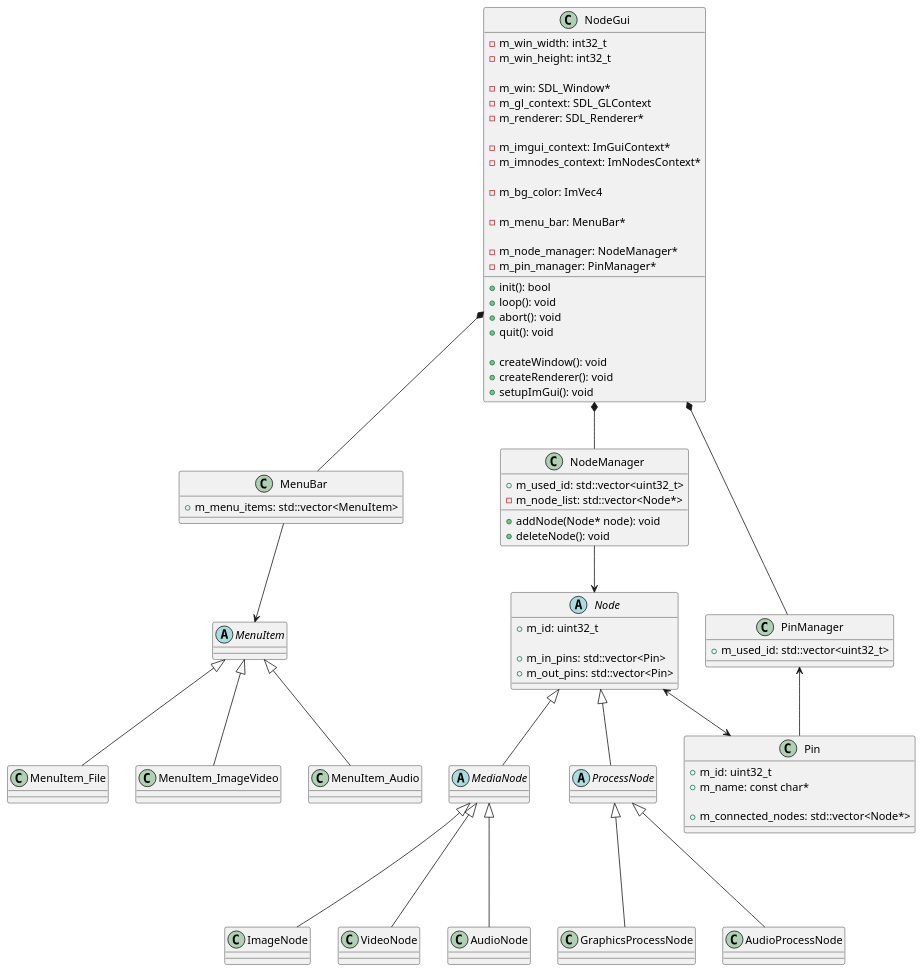
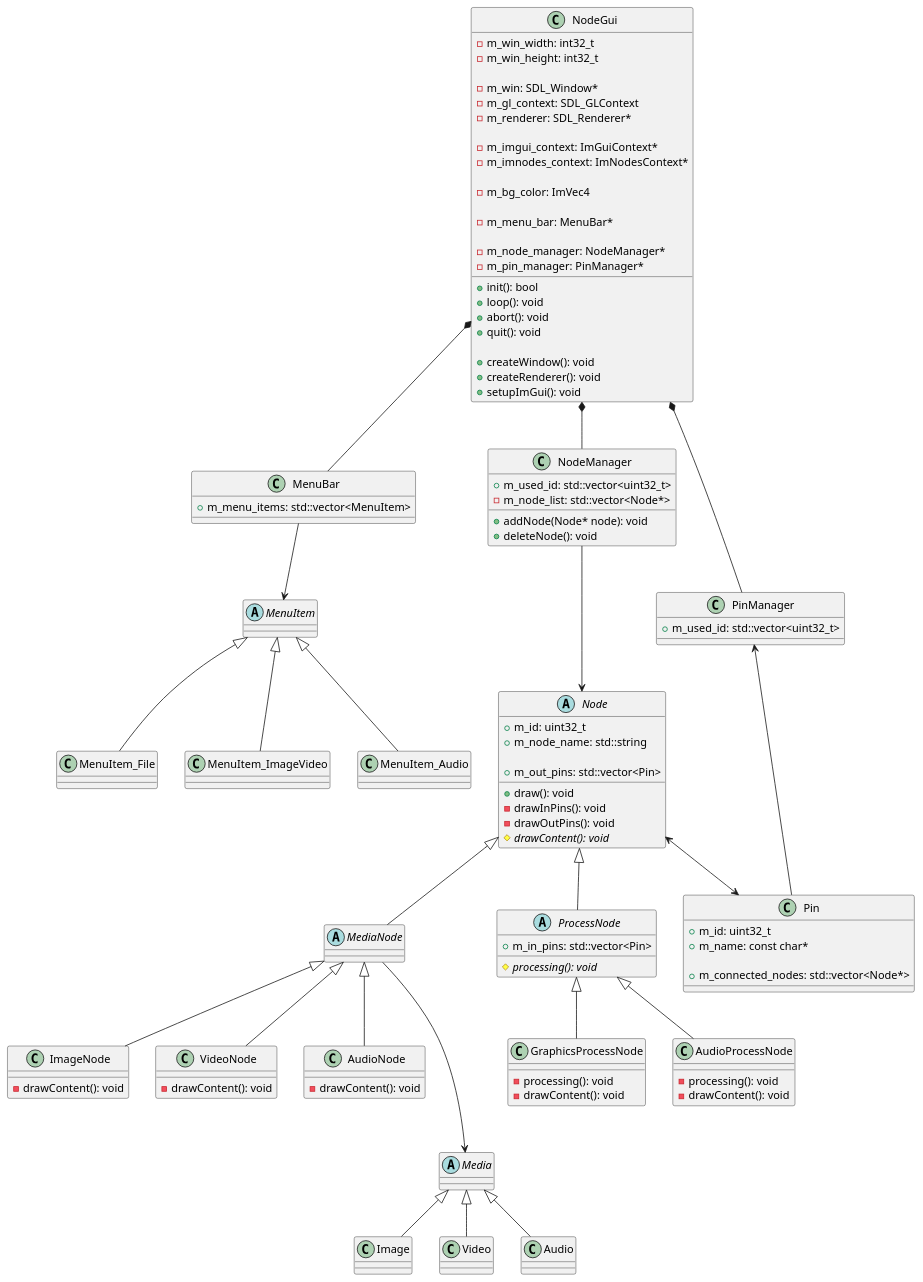
The diagram in uml/uml.pu (nkue-yst/NodeProcessV2), drawn with PlantUML before and after one commit. The commit also changed 1 other file, not shown here.

Commit message:
Update UML

```diff
--- a/uml/uml.pu
+++ b/uml/uml.pu
@@ -1,126 +1,156 @@
 @startuml NodeProcessing
 
 class NodeGui {
     +init(): bool
     +loop(): void
     +abort(): void
     +quit(): void
 
     +createWindow(): void
     +createRenderer(): void
     +setupImGui(): void
 
     -m_win_width: int32_t
     -m_win_height: int32_t
 
     -m_win: SDL_Window*
     -m_gl_context: SDL_GLContext
     -m_renderer: SDL_Renderer*
 
     -m_imgui_context: ImGuiContext*
     -m_imnodes_context: ImNodesContext*
 
     -m_bg_color: ImVec4
 
     -m_menu_bar: MenuBar*
 
     -m_node_manager: NodeManager*
     -m_pin_manager: PinManager*
 }
 
 class MenuBar {
     +m_menu_items: std::vector<MenuItem>
 }
 
 abstract class MenuItem {
 
 }
 
 class MenuItem_File {
 
 }
 
 class MenuItem_ImageVideo {
 
 }
 
 class MenuItem_Audio {
 
 }
 
 class NodeManager {
     +addNode(Node* node): void
     +deleteNode(): void
 
     +m_used_id: std::vector<uint32_t>
     -m_node_list: std::vector<Node*>
 }
 
 abstract class Node {
+    +draw(): void
+    -drawInPins(): void
+    -drawOutPins(): void
+    {abstract} #drawContent(): void
+
     +m_id: uint32_t
+    +m_node_name: std::string
 
-    +m_in_pins: std::vector<Pin>
     +m_out_pins: std::vector<Pin>
 }
 
 abstract class MediaNode {
 
 }
 
 abstract class ProcessNode {
+    {abstract} #processing(): void
 
+    +m_in_pins: std::vector<Pin>
 }
 
 class ImageNode {
-
+    -drawContent(): void
 }
 
 class VideoNode {
-
+    -drawContent(): void
 }
 
 class AudioNode {
-
+    -drawContent(): void
 }
 
 class GraphicsProcessNode {
-
+    -processing(): void
+    -drawContent(): void
 }
 
 class AudioProcessNode {
-
+    -processing(): void
+    -drawContent(): void
 }
 
 class PinManager {
     +m_used_id: std::vector<uint32_t>
 }
 
 class Pin {
     +m_id: uint32_t
     +m_name: const char*
 
     +m_connected_nodes: std::vector<Node*>
 }
 
+abstract class Media {
+
+}
+
+class Image {
+
+}
+
+class Video {
+
+}
+
+class Audio {
+
+}
+
 NodeGui *-- NodeManager
 NodeGui *-- PinManager
 NodeGui *-- MenuBar
 
 MenuBar --> MenuItem
 MenuItem <|-- MenuItem_File
 MenuItem <|-- MenuItem_ImageVideo
 MenuItem <|-- MenuItem_Audio
 
 Node <|-- MediaNode
 Node <|-- ProcessNode
-MediaNode <|--- ImageNode
-MediaNode <|--- VideoNode
-MediaNode <|--- AudioNode
-ProcessNode <|--- GraphicsProcessNode
-ProcessNode <|--- AudioProcessNode
+MediaNode <|-- ImageNode
+MediaNode <|-- VideoNode
+MediaNode <|-- AudioNode
+ProcessNode <|-- GraphicsProcessNode
+ProcessNode <|-- AudioProcessNode
 
-NodeManager --> Node
+MediaNode ---> Media
+Media <|-- Image
+Media <|-- Video
+Media <|-- Audio
+
+NodeManager ---> Node
 PinManager <-- Pin
 Node <--> Pin
 
 @enduml
```
